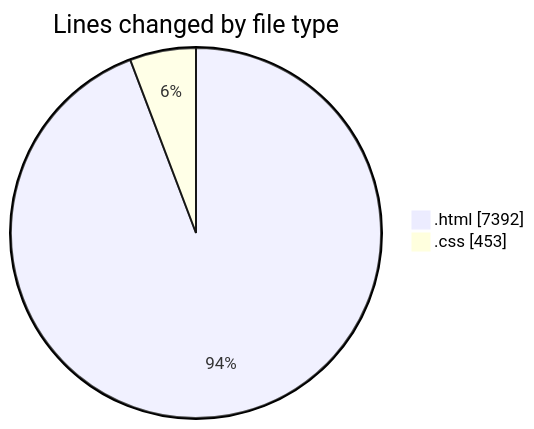
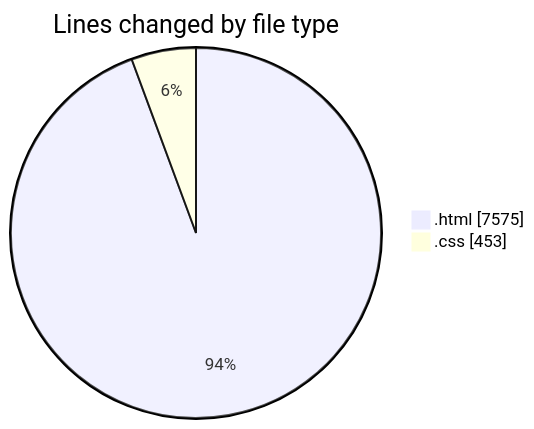
Before and after one commit to nxtqubesakshisongat/code-tracking: the first of 2 diagrams in 2025-08-09/nxtqube_webapp/README.md, drawn with Mermaid. The commit also changed other lines of this file and 1 other file, not shown here.

````diff
--- a/2025-08-09/nxtqube_webapp/README.md
+++ b/2025-08-09/nxtqube_webapp/README.md
@@ -23,6 +23,6 @@
 ```mermaid
 pie showData
 title Lines changed by file type
-".html" : 7392
+".html" : 7575
 ".css" : 453
 ```
````
